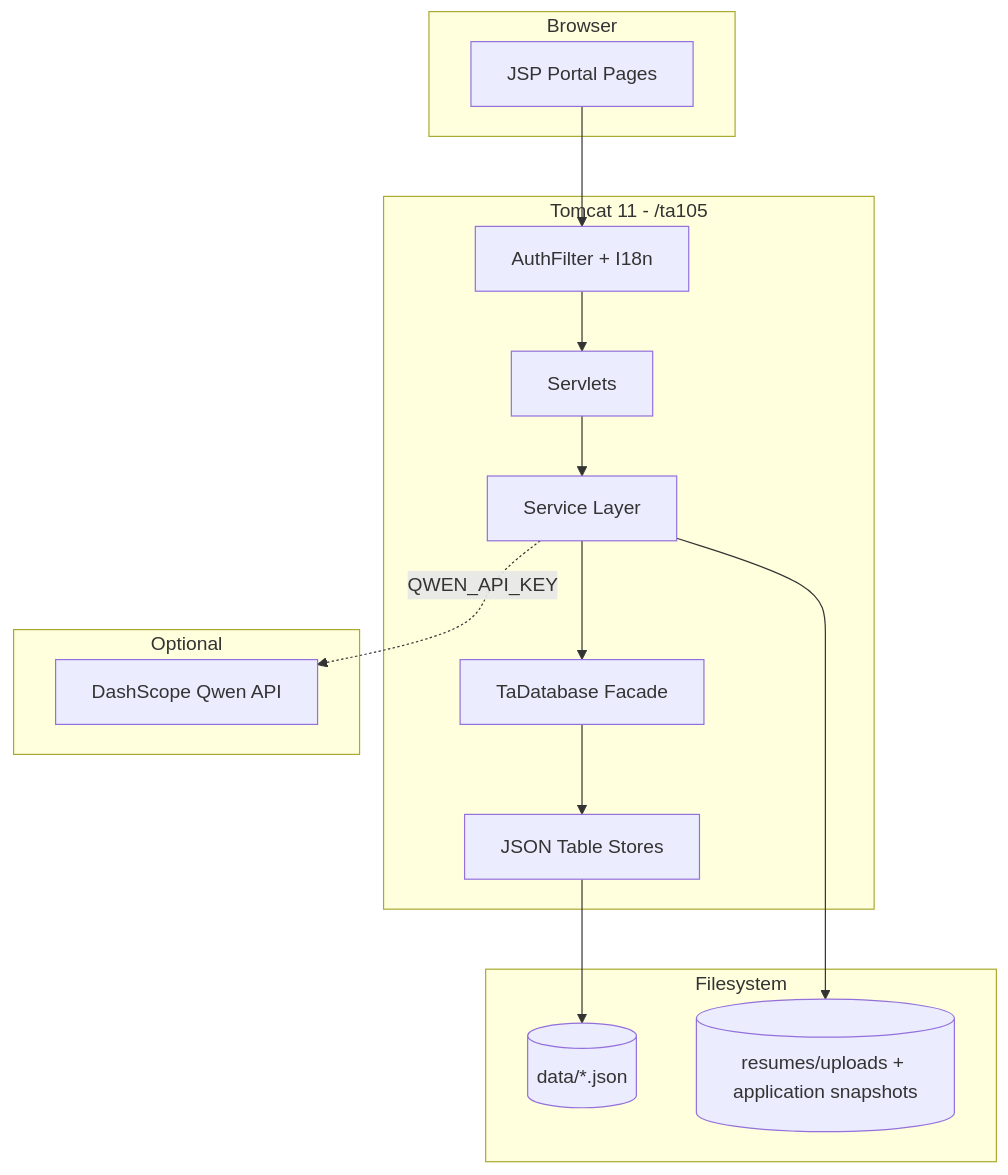
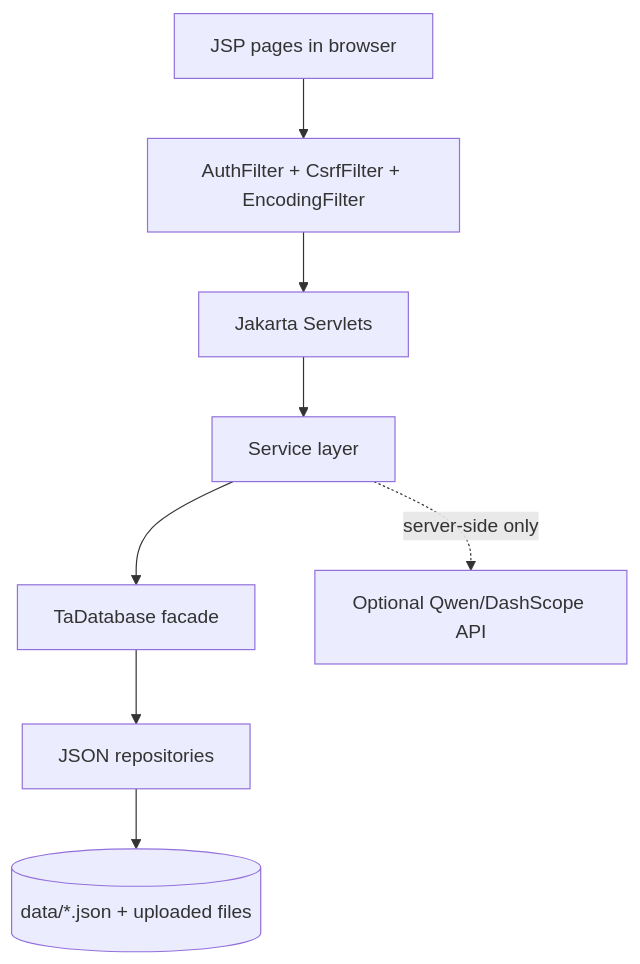
The diagram in README.md (Siyuan-Xue/Software-Engineering-Group105-2026), drawn with Mermaid before and after one commit. The commit also changed other lines of this file, not shown here.

````diff
--- a/README.md
+++ b/README.md
@@ -74,27 +99,14 @@
 ```mermaid
 flowchart TB
-  subgraph client [Browser]
-    JSP[JSP Portal Pages]
-  end
+  Browser[JSP pages in browser]
+  Filters[AuthFilter + CsrfFilter + EncodingFilter]
+  Servlets[Jakarta Servlets]
+  Services[Service layer]
+  DB[TaDatabase facade]
+  Repos[JSON repositories]
+  Files[(data/*.json + uploaded files)]
+  Qwen[Optional Qwen/DashScope API]
 
-  subgraph tomcat [Tomcat 11 - /ta105]
-    Filter[AuthFilter + I18n]
-    Servlet[Servlets]
-    Service[Service Layer]
-    DB[TaDatabase Facade]
-    Store[JSON Table Stores]
-  end
-
-  subgraph disk [Filesystem]
-    Data[(data/*.json)]
-    Uploads[(resumes/uploads + application snapshots)]
-  end
-
-  subgraph external [Optional]
-    Qwen[DashScope Qwen API]
-  end
-
-  JSP --> Filter --> Servlet --> Service --> DB --> Store --> Data
-  Service --> Uploads
-  Service -.->|QWEN_API_KEY| Qwen
+  Browser --> Filters --> Servlets --> Services --> DB --> Repos --> Files
+  Services -.->|server-side only| Qwen
 ```
````
